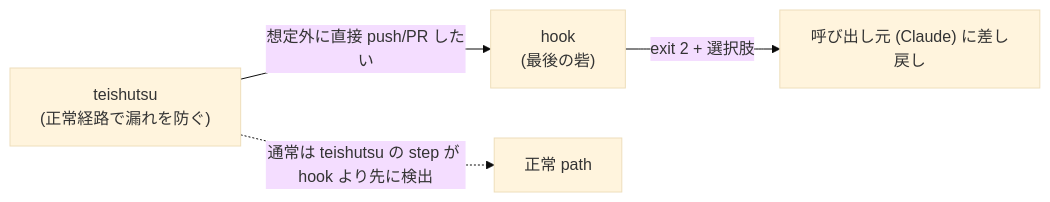
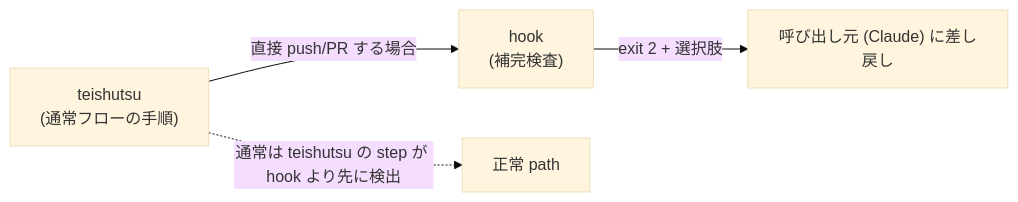
The sixth of 6 diagrams in docs/workflow.md (hayashiii-ghub/hikizan), drawn with Mermaid (base theme) before and after one commit. The commit also changed other lines of this file and 14 other files, not shown here.

````diff
--- a/docs/workflow.md
+++ b/docs/workflow.md
@@ -205,6 +205,6 @@
 ```mermaid
 flowchart LR
-  T["teishutsu<br/>(正常経路で漏れを防ぐ)"] -->|"想定外に直接 push/PR したい"| H["hook<br/>(最後の砦)"]
+  T["teishutsu<br/>(通常フローの手順)"] -->|"直接 push/PR する場合"| H["hook<br/>(補完検査)"]
   T -.->|"通常は teishutsu の step が hook より先に検出"| OK["正常 path"]
   H -->|"exit 2 + 選択肢"| BACK["呼び出し元 (Claude) に差し戻し"]
 ```
````
